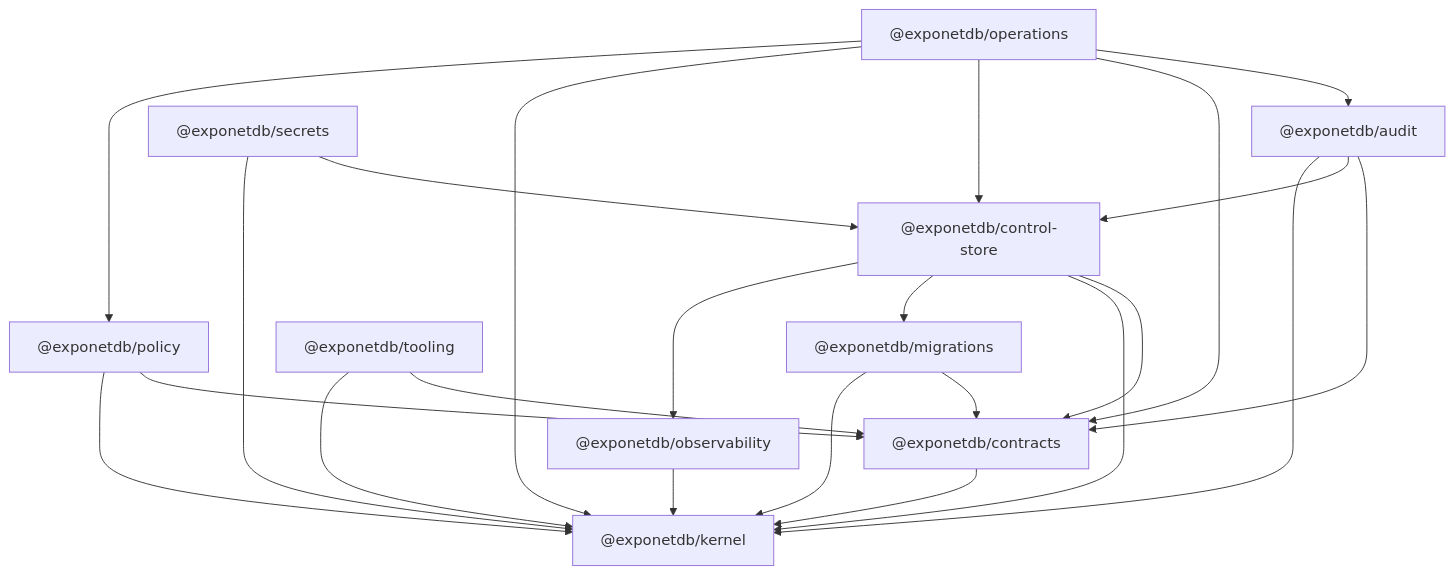
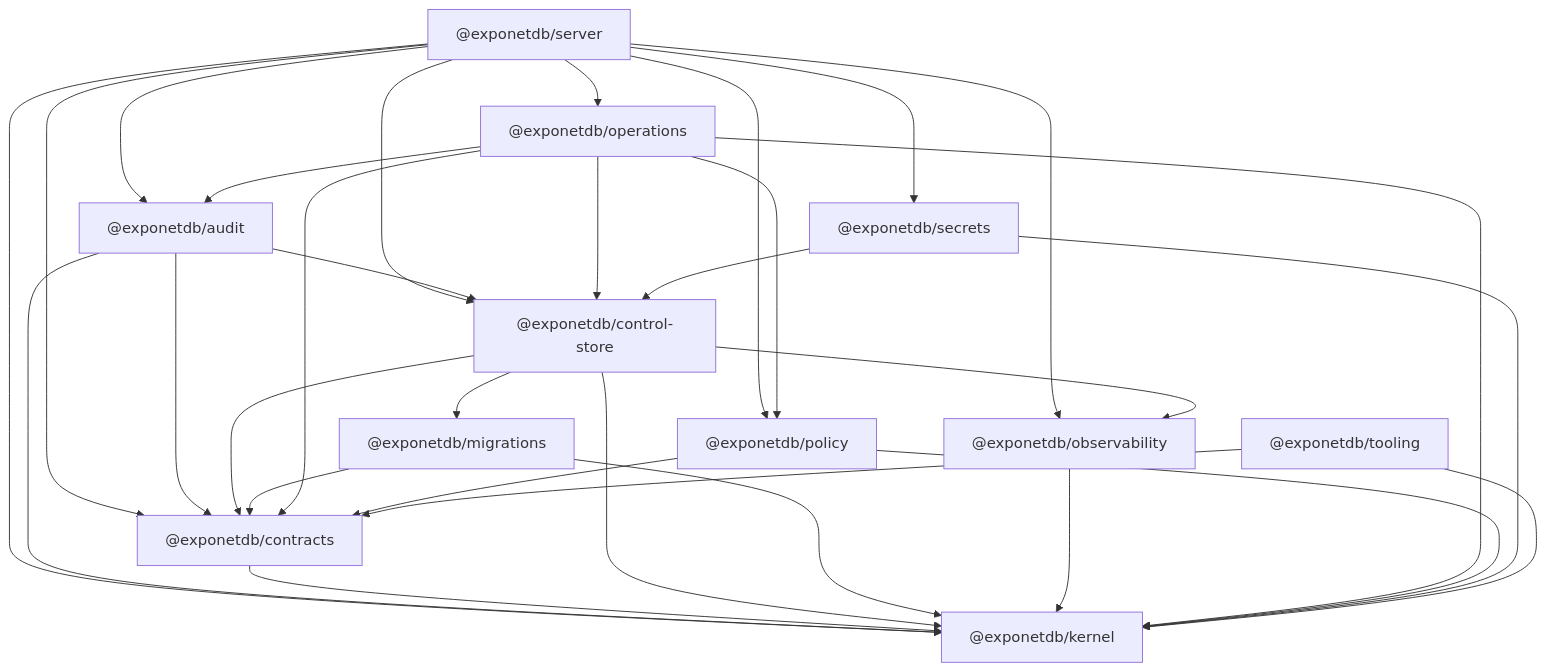
The diagram in tooling/boundaries/package-graph.md (davdxpx/ExponetDB), drawn with Mermaid before and after one commit. The commit also changed 30 other files, not shown here.

````diff
--- a/tooling/boundaries/package-graph.md
+++ b/tooling/boundaries/package-graph.md
@@ -7,35 +7,44 @@
 ```mermaid
 graph TD
+  apps_server["@exponetdb/server"]
   packages_audit["@exponetdb/audit"]
   packages_contracts["@exponetdb/contracts"]
   packages_control-store["@exponetdb/control-store"]
   packages_kernel["@exponetdb/kernel"]
   packages_migrations["@exponetdb/migrations"]
   packages_observability["@exponetdb/observability"]
   packages_operations["@exponetdb/operations"]
   packages_policy["@exponetdb/policy"]
   packages_secrets["@exponetdb/secrets"]
   tooling["@exponetdb/tooling"]
+  apps_server["@exponetdb/server"] --> packages_audit
+  apps_server["@exponetdb/server"] --> packages_contracts
+  apps_server["@exponetdb/server"] --> packages_control-store
+  apps_server["@exponetdb/server"] --> packages_kernel
+  apps_server["@exponetdb/server"] --> packages_observability
+  apps_server["@exponetdb/server"] --> packages_operations
+  apps_server["@exponetdb/server"] --> packages_policy
+  apps_server["@exponetdb/server"] --> packages_secrets
   packages_audit["@exponetdb/audit"] --> packages_contracts
   packages_audit["@exponetdb/audit"] --> packages_control-store
   packages_audit["@exponetdb/audit"] --> packages_kernel
   packages_contracts["@exponetdb/contracts"] --> packages_kernel
   packages_control-store["@exponetdb/control-store"] --> packages_contracts
   packages_control-store["@exponetdb/control-store"] --> packages_kernel
   packages_control-store["@exponetdb/control-store"] --> packages_migrations
   packages_control-store["@exponetdb/control-store"] --> packages_observability
   packages_migrations["@exponetdb/migrations"] --> packages_contracts
   packages_migrations["@exponetdb/migrations"] --> packages_kernel
   packages_observability["@exponetdb/observability"] --> packages_kernel
   packages_operations["@exponetdb/operations"] --> packages_audit
   packages_operations["@exponetdb/operations"] --> packages_contracts
   packages_operations["@exponetdb/operations"] --> packages_control-store
   packages_operations["@exponetdb/operations"] --> packages_kernel
   packages_operations["@exponetdb/operations"] --> packages_policy
   packages_policy["@exponetdb/policy"] --> packages_contracts
   packages_policy["@exponetdb/policy"] --> packages_kernel
   packages_secrets["@exponetdb/secrets"] --> packages_control-store
   packages_secrets["@exponetdb/secrets"] --> packages_kernel
   tooling["@exponetdb/tooling"] --> packages_contracts
   tooling["@exponetdb/tooling"] --> packages_kernel
 ```
````
